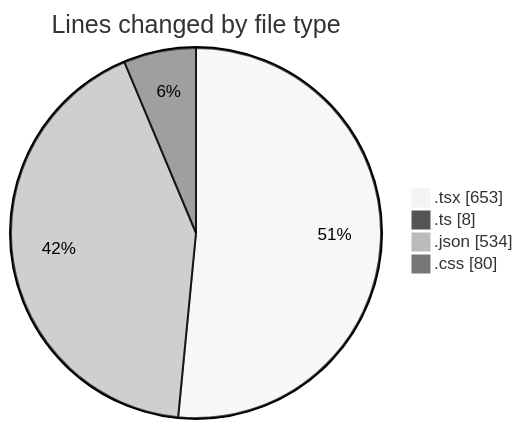
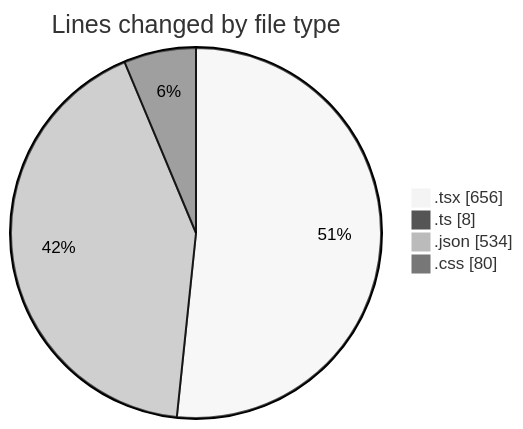
Before and after one commit to EIIisD/code-tracking: the first of 2 diagrams in 2025-08-02/tw-server/README.md, drawn with Mermaid (neutral theme). The commit also changed other lines of this file and 1 other file, not shown here.

````diff
--- a/2025-08-02/tw-server/README.md
+++ b/2025-08-02/tw-server/README.md
@@ -25,8 +25,8 @@
 ```mermaid
 pie showData
 title Lines changed by file type
-".tsx" : 653
+".tsx" : 656
 ".ts" : 8
 ".json" : 534
 ".css" : 80
 ```
````
